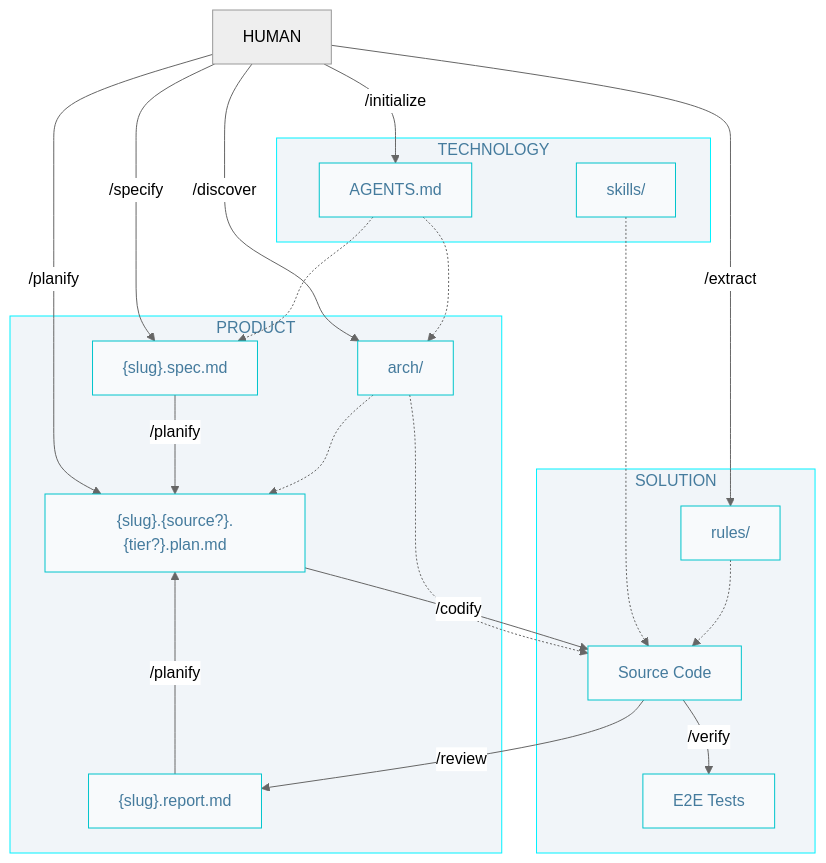
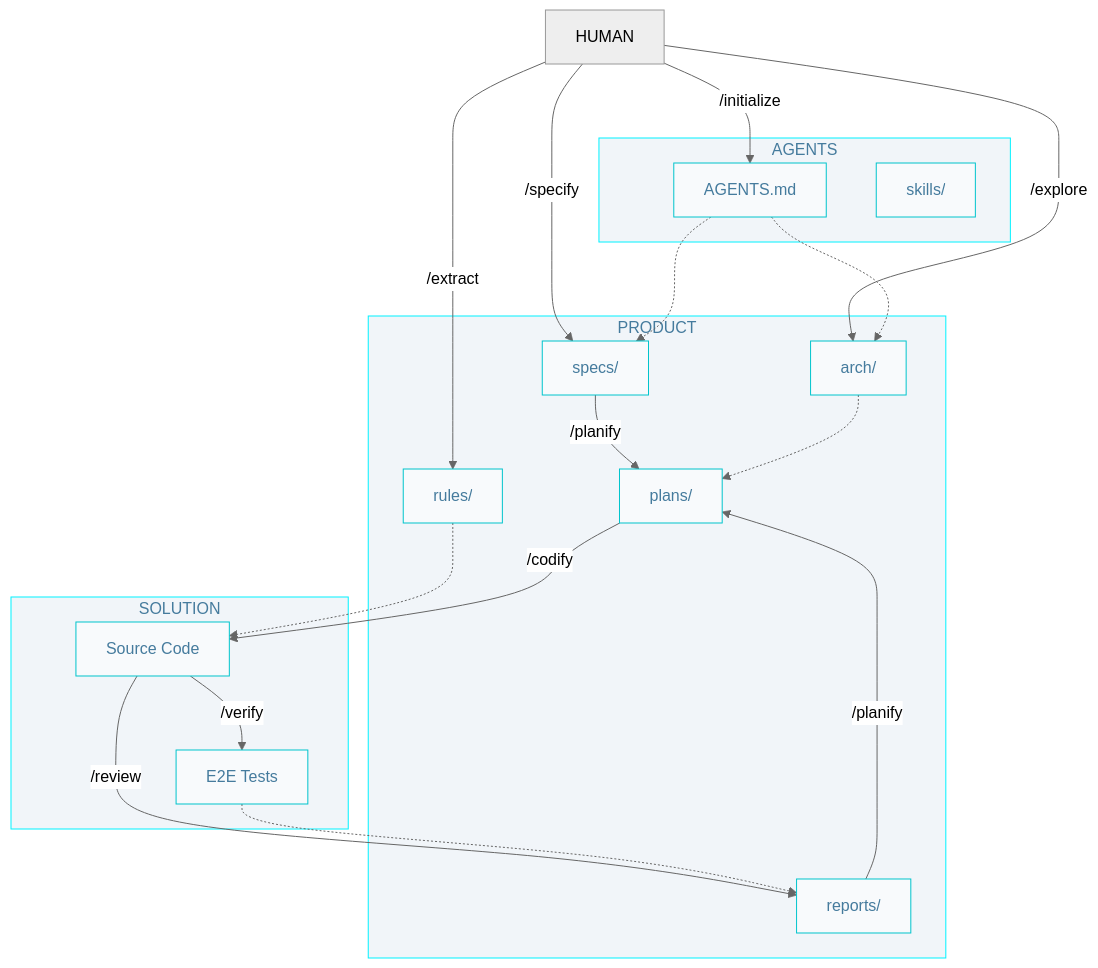
The diagram in docs/AIDD.workflow.md (AIDDbot/AIDDbot), drawn with Mermaid (neutral theme) before and after one commit. The commit also changed other lines of this file and 14 other files, not shown here.

````diff
--- a/docs/AIDD.workflow.md
+++ b/docs/AIDD.workflow.md
@@ -3,43 +3,43 @@
 ```mermaid
 flowchart TD
   classDef nd fill:#f8fafc,stroke:#00c4cc,color:#457b9d
   classDef sg fill:#f1f5f9,stroke:#00f2ff,color:#457b9d 
 
   HUM[HUMAN]
 
   subgraph P["PRODUCT"]
-      SPC["{slug}.spec.md"]:::nd
-      PLN["{slug}.{source?}.{tier?}.plan.md"]:::nd
-      RPT["{slug}.report.md"]:::nd
-      ARCH["arch/"]:::nd
+      SPC["specs/"]:::nd
+      PLN["plans/"]:::nd
+      RPT["reports/"]:::nd
+      ARC["arch/"]:::nd
+      RUL["rules/"]:::nd
   end
 
-  subgraph T["TECHNOLOGY"]
+  subgraph A["AGENTS"]
       AGT["AGENTS.md"]:::nd
       SKL["skills/"]:::nd
   end  
 
   subgraph S["SOLUTION"]
       COD[Source Code]:::nd
-      RUL["rules/"]:::nd
       E2E["E2E Tests"]:::nd
   end
 
   HUM -->|/initialize| AGT
-  HUM -->|/discover| ARCH
+  HUM -->|/explore| ARC
   HUM -->|/extract| RUL
   HUM -->|/specify| SPC
-  HUM -->|/planify| PLN
   RPT -->|/planify| PLN
   AGT -.-> SPC  
-  AGT -.-> ARCH
-  SKL & RUL -.-> COD  
+  AGT -.-> ARC
+  RUL -.-> COD  
   SPC -->|/planify| PLN
-  ARCH -.-> PLN
-  ARCH -.-> COD
+  ARC -.-> PLN
+
   PLN -->|/codify| COD
   COD -->|/verify| E2E
   COD -->|/review| RPT
+  E2E -.-> RPT 
 
-  class P,T,S sg
+  class P,A,S sg
 ```
````
